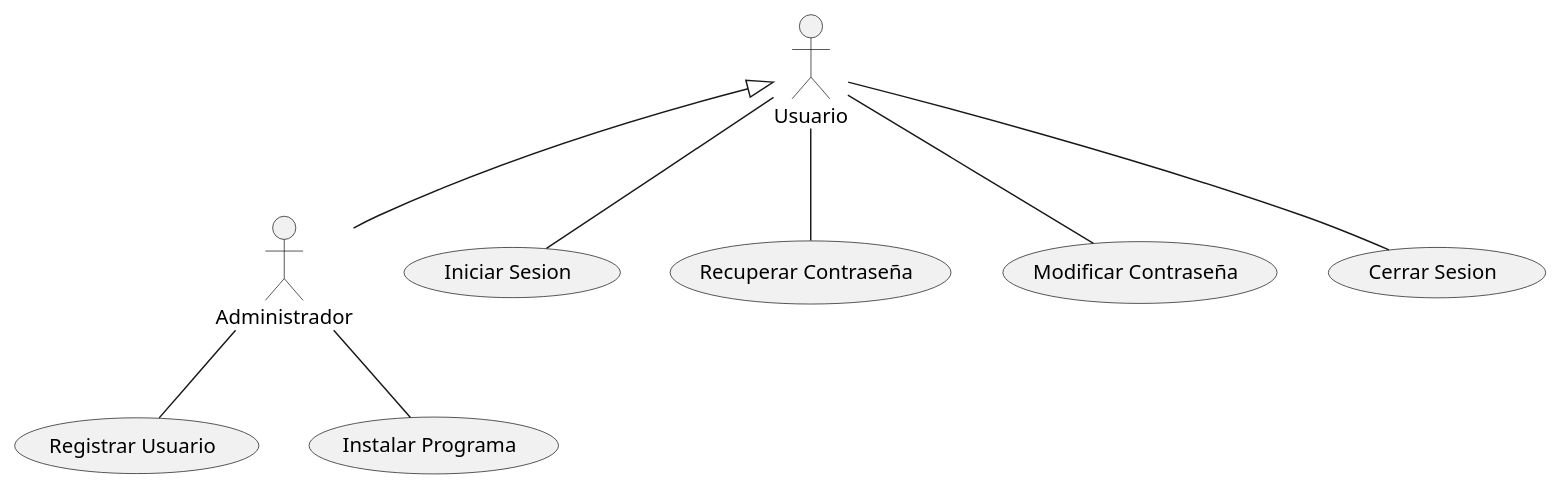
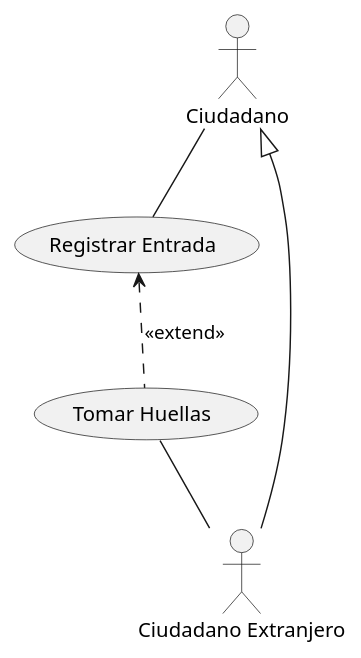
Before and after one commit to erentitan4512/Carlos-Arroyo-Galan-Casos-de-Uso-UML: the diagram in src/test.puml, drawn with PlantUML.

Commit message:
Ten Commit

```diff
--- a/src/test.puml
+++ b/src/test.puml
@@ -1,9 +1,6 @@
 @startuml
-:Usuario: <|-- :Administrador:
-:Usuario: -- (Iniciar Sesion)
-:Usuario: -- (Recuperar Contraseña)
-:Usuario: -- (Modificar Contraseña)
-:Usuario: -- (Cerrar Sesion)
-:Administrador: -- (Registrar Usuario)
-:Administrador: -- (Instalar Programa)
+:Ciudadano: -- (Registrar Entrada)
+(Registrar Entrada) <.. (Tomar Huellas) : <<extend>>
+:Ciudadano Extranjero: --|> :Ciudadano:
+(Tomar Huellas) -- :Ciudadano Extranjero:
 @enduml
```
